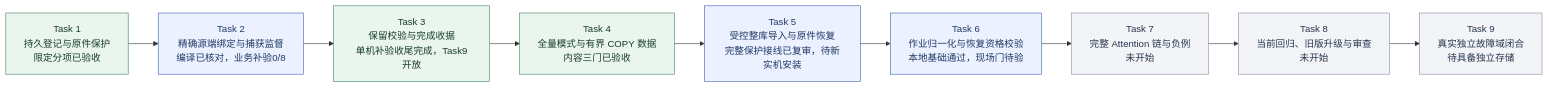
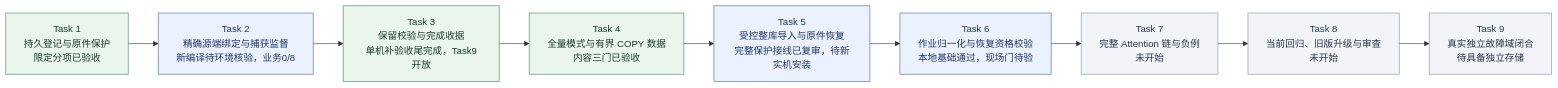
The second of 9 diagrams in docs/KnowWeave实施路线与系统架构.md (MansurnamedZhang/learning-system-p0c4), drawn with Mermaid before and after one commit. The commit also changed other lines of this file and 3 other files, not shown here.

````diff
--- a/docs/KnowWeave实施路线与系统架构.md
+++ b/docs/KnowWeave实施路线与系统架构.md
@@ -72,26 +72,26 @@
 ```mermaid
 flowchart LR
     C4T1["Task 1<br/>持久登记与原件保护<br/>限定分项已验收"]
-    C4T2["Task 2<br/>精确源端绑定与捕获监督<br/>编译已核对，业务补验0/8"]
+    C4T2["Task 2<br/>精确源端绑定与捕获监督<br/>新编译待环境核验，业务0/8"]
     C4T3["Task 3<br/>保留校验与完成收据<br/>单机补验收尾完成，Task9开放"]
     C4T4["Task 4<br/>全量模式与有界 COPY 数据<br/>内容三门已验收"]
     C4T5["Task 5<br/>受控整库导入与原件恢复<br/>完整保护接线已复审，待新实机安装"]
     C4T6["Task 6<br/>作业归一化与恢复资格校验<br/>本地基础通过，现场门待验"]
     C4T7["Task 7<br/>完整 Attention 链与负例<br/>未开始"]
     C4T8["Task 8<br/>当前回归、旧版升级与审查<br/>未开始"]
     C4T9["Task 9<br/>真实独立故障域闭合<br/>待具备独立存储"]
     C4T1 --> C4T2
     C4T2 --> C4T3
     C4T3 --> C4T4
     C4T4 --> C4T5
     C4T5 --> C4T6
     C4T6 --> C4T7
     C4T7 --> C4T8
     C4T8 --> C4T9
     class C4T1,C4T3,C4T4 done
     class C4T2,C4T5,C4T6 next
     class C4T7,C4T8,C4T9 planned
     classDef done fill:#eaf5ee,stroke:#438363,color:#173d2b
     classDef next fill:#ebf1ff,stroke:#4365b4,color:#203866
     classDef planned fill:#f2f4f8,stroke:#8591a3,color:#28354b
 ```
````
